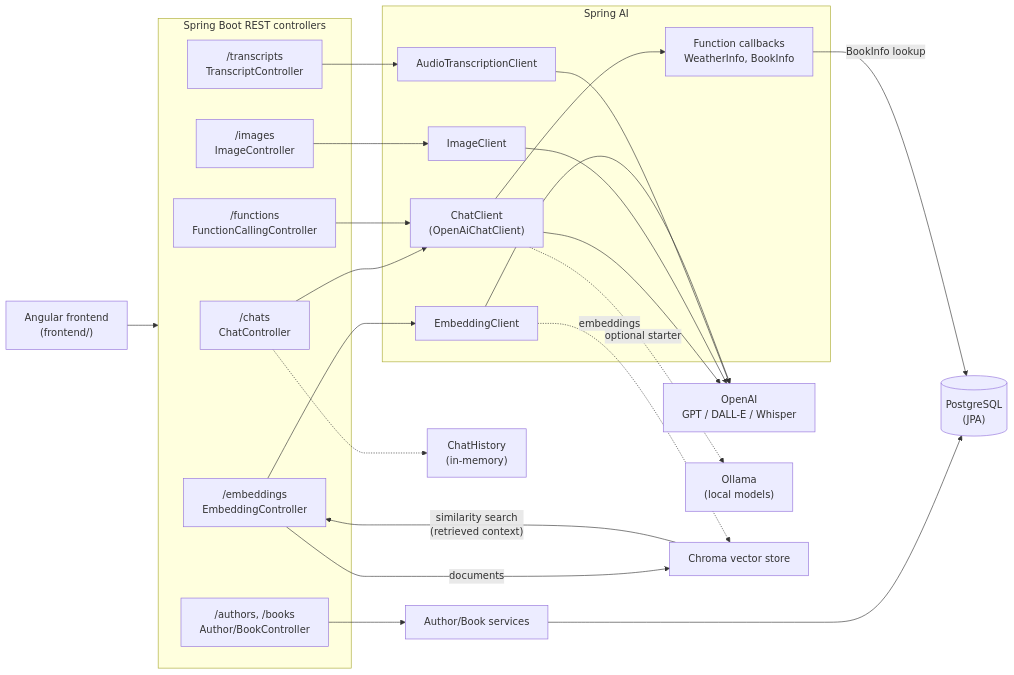
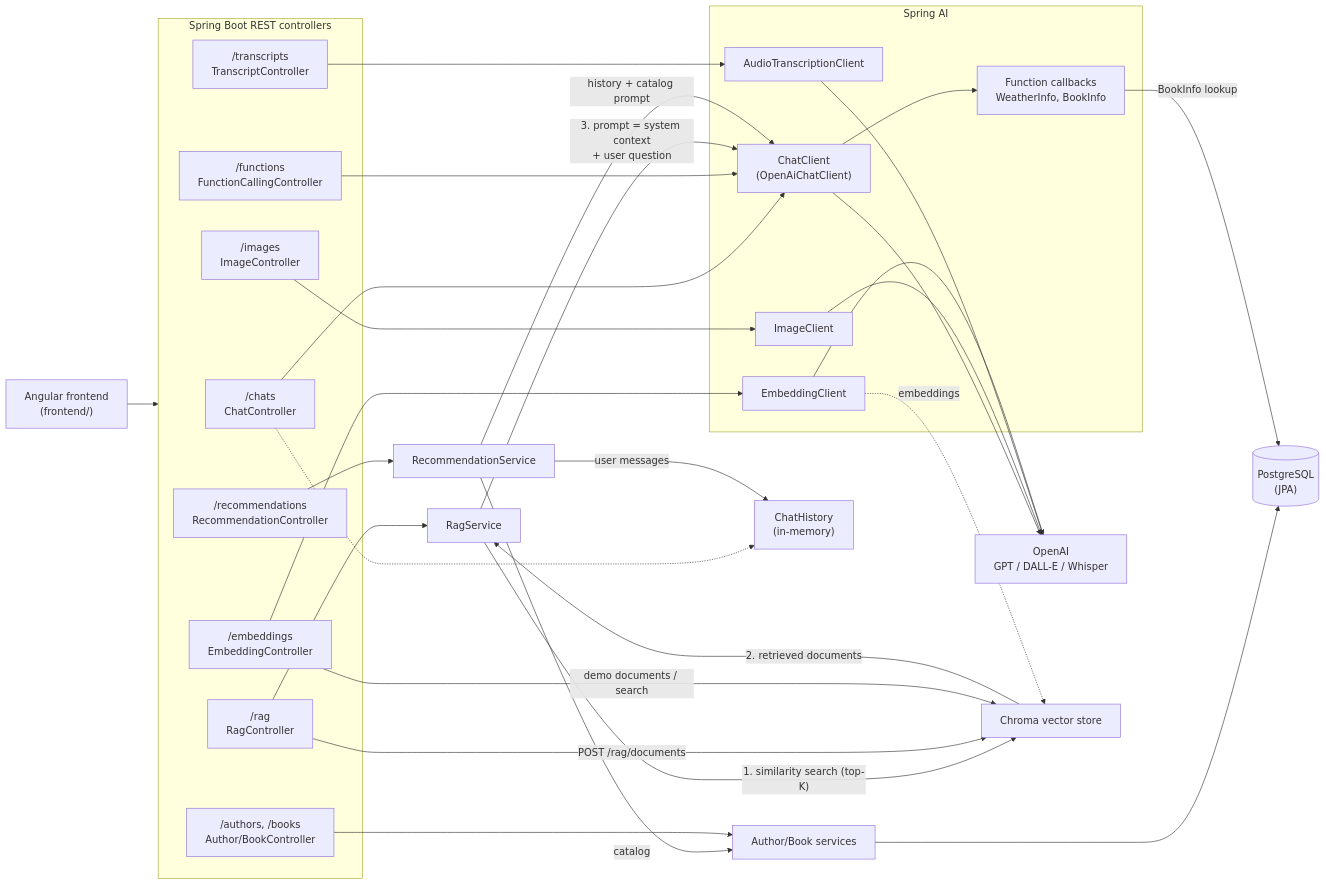
One commit to AZapata27/ai-integration-springai changed the diagram in README.md. Above: the diagram before and after it, drawn with Mermaid. The commit also changed other lines of this file and 1 other file, not shown here.

Commit message:
docs: make README match the implemented features and show the RAG flow

````diff
--- a/README.md
+++ b/README.md
@@ -94,38 +114,48 @@
 ```mermaid
 flowchart LR
     FE["Angular frontend<br/>(frontend/)"] --> API
 
     subgraph API["Spring Boot REST controllers"]
         CHAT["/chats<br/>ChatController"]
+        RAG["/rag<br/>RagController"]
+        REC["/recommendations<br/>RecommendationController"]
         FN["/functions<br/>FunctionCallingController"]
         EMB["/embeddings<br/>EmbeddingController"]
         IMG["/images<br/>ImageController"]
         TR["/transcripts<br/>TranscriptController"]
         CRUD["/authors, /books<br/>Author/BookController"]
     end
 
     subgraph AI["Spring AI"]
         CC["ChatClient<br/>(OpenAiChatClient)"]
         EC["EmbeddingClient"]
         IC["ImageClient"]
         TC["AudioTranscriptionClient"]
         FCB["Function callbacks<br/>WeatherInfo, BookInfo"]
     end
 
     CHAT --> CC
     CHAT -.-> HIST["ChatHistory<br/>(in-memory)"]
     FN --> CC
     CC --> FCB
     CC --> OPENAI["OpenAI<br/>GPT / DALL-E / Whisper"]
-    CC -. "optional starter" .-> OLLAMA["Ollama<br/>(local models)"]
     IMG --> IC --> OPENAI
     TR --> TC --> OPENAI
 
+    RAG --> RS["RagService"]
+    RS -- "1. similarity search (top-K)" --> VS["Chroma vector store"]
+    VS -- "2. retrieved documents" --> RS
+    RS -- "3. prompt = system context<br/>+ user question" --> CC
+    RAG -- "POST /rag/documents" --> VS
     EMB --> EC --> OPENAI
-    EMB -- "documents" --> VS["Chroma vector store"]
     EC -. "embeddings" .-> VS
-    VS -- "similarity search<br/>(retrieved context)" --> EMB
+    EMB -- "demo documents / search" --> VS
+
+    REC --> RECS["RecommendationService"]
+    RECS -- "user messages" --> HIST
+    RECS -- "catalog" --> SVC
+    RECS -- "history + catalog prompt" --> CC
 
     CRUD --> SVC["Author/Book services"] --> DB[("PostgreSQL<br/>(JPA)")]
     FCB -- "BookInfo lookup" --> DB
 ```
````
